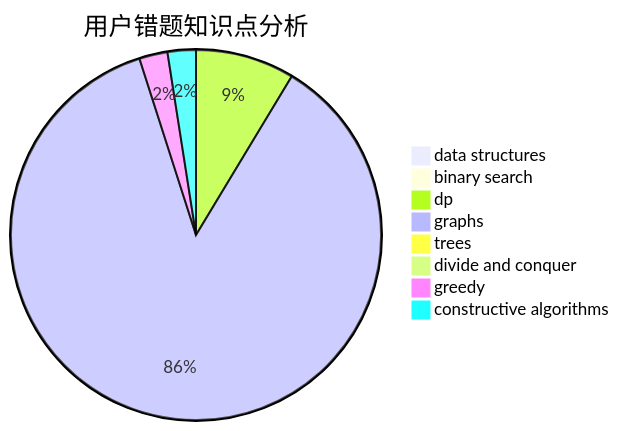
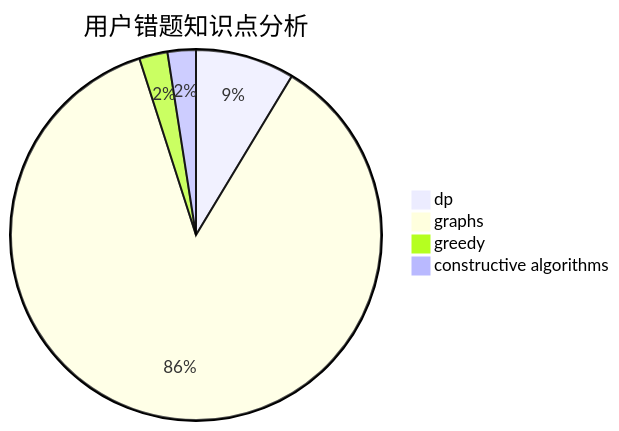
The third of 3 diagrams in docs/user/u839.md (sherpahu/cfrs.github.io), drawn with Mermaid before and after one commit. The commit also changed other lines of this file and 2770 other files, not shown here.

````diff
--- a/docs/user/u839.md
+++ b/docs/user/u839.md
@@ -31,11 +29,7 @@
 ```mermaid
 pie title 用户错题知识点分析
-    "data structures" :  0
-    "binary search" :  0
     "dp" :  7
     "graphs" :  70
-    "trees" :  0
-    "divide and conquer" :  0
     "greedy" :  2
     "constructive algorithms" :  2
 ```
````
